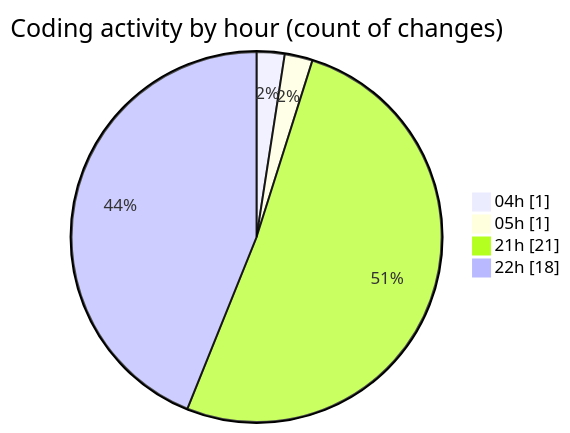
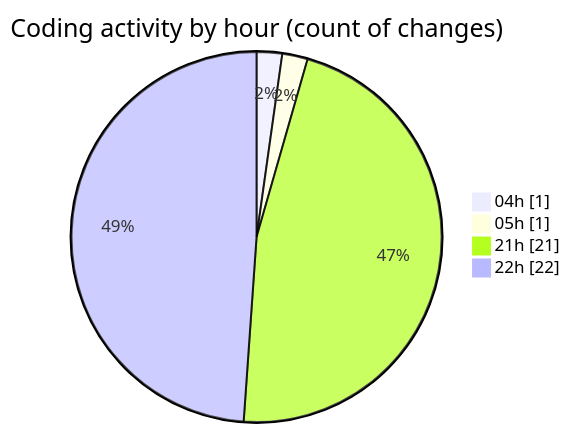
One commit to idhammustaqopulfikri/code-tracking changed the second of 2 diagrams in 2025-03-26/autodidak/README.md. Above: the diagram before and after it, drawn with Mermaid. The commit also changed other lines of this file and 1 other file, not shown here.

````diff
--- a/2025-03-26/autodidak/README.md
+++ b/2025-03-26/autodidak/README.md
@@ -43,8 +43,8 @@
 ```mermaid
 pie showData
 title Coding activity by hour (count of changes)
 "04h" : 1
 "05h" : 1
 "21h" : 21
-"22h" : 18
+"22h" : 22
 ```
````
